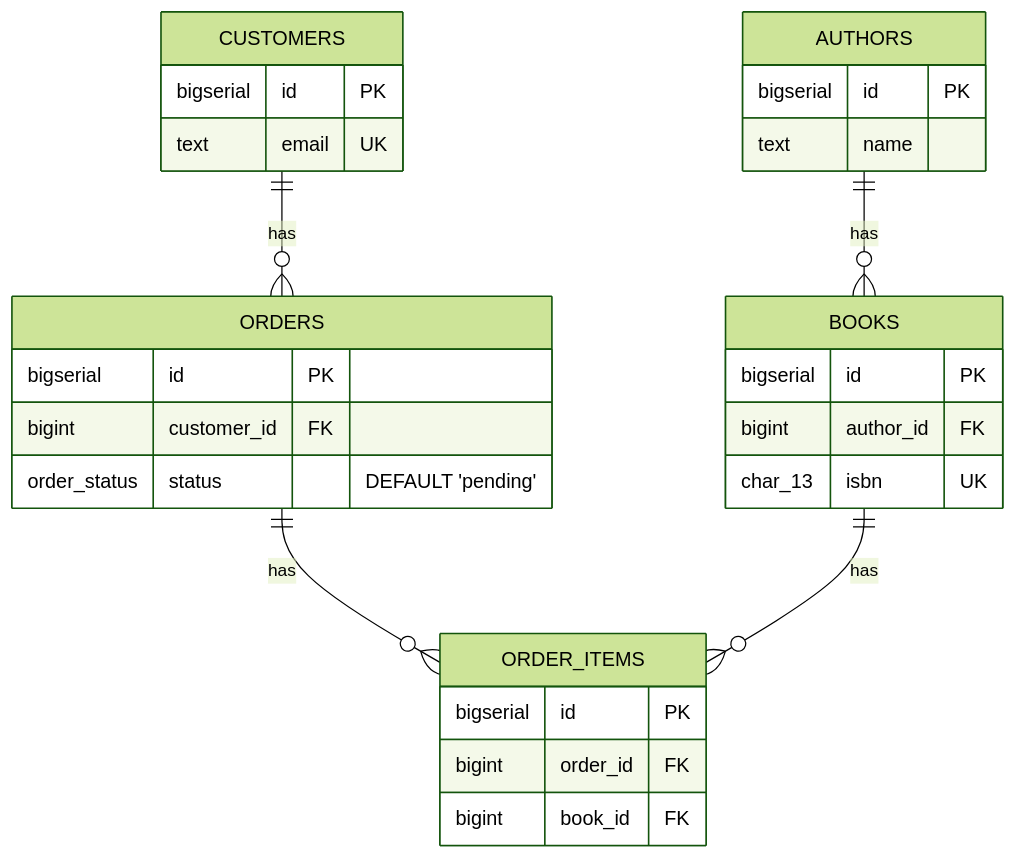
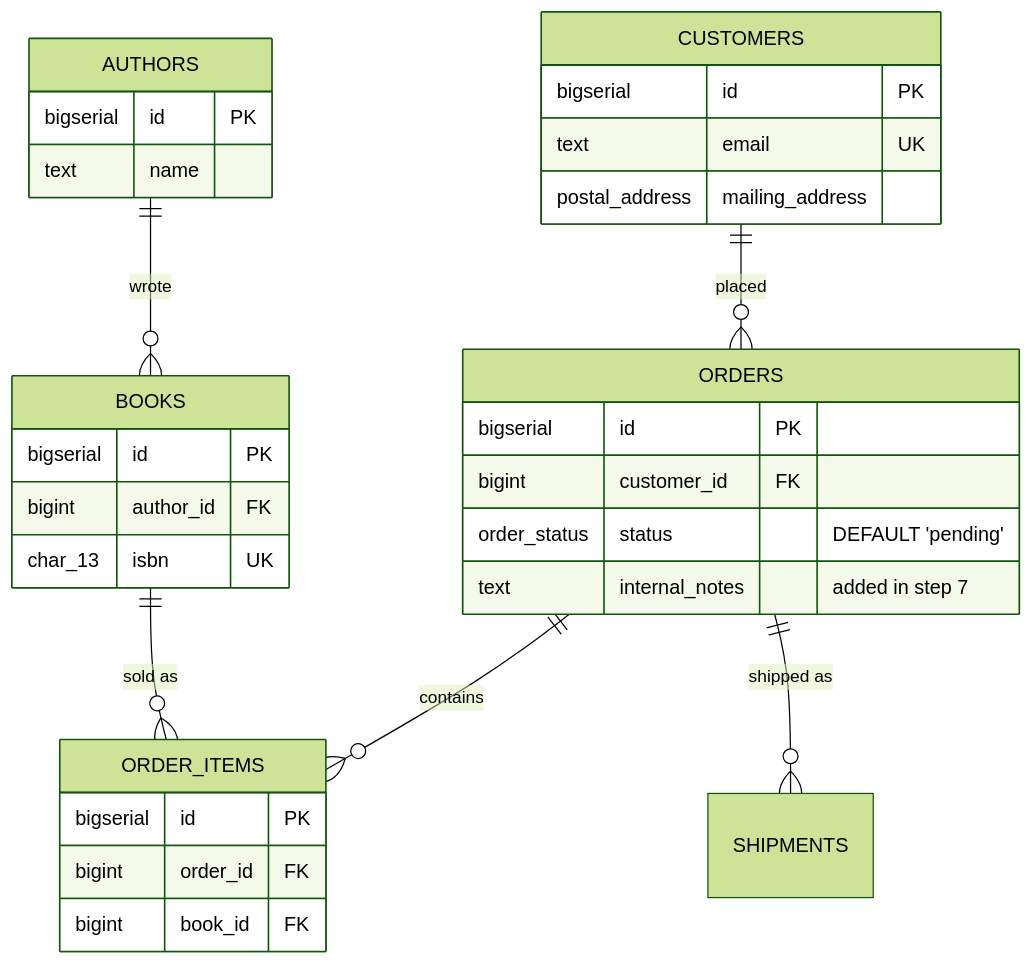
Before and after one commit to zemarsil/DatabaseVisualizer: the diagram in docs/walkthroughs/13-run-the-schema-on-a-real-database.md, drawn with Mermaid (forest theme). The commit also changed other lines of this file and 43 other files, not shown here.

````diff
--- a/docs/walkthroughs/13-run-the-schema-on-a-real-database.md
+++ b/docs/walkthroughs/13-run-the-schema-on-a-real-database.md
@@ -45,30 +49,33 @@
 ```mermaid
 erDiagram
-    AUTHORS ||--o{ BOOKS : "has"
-    CUSTOMERS ||--o{ ORDERS : "has"
-    ORDERS ||--o{ ORDER_ITEMS : "has"
-    BOOKS ||--o{ ORDER_ITEMS : "has"
+    AUTHORS ||--o{ BOOKS : "wrote"
+    CUSTOMERS ||--o{ ORDERS : "placed"
+    ORDERS ||--o{ ORDER_ITEMS : "contains"
+    BOOKS ||--o{ ORDER_ITEMS : "sold as"
+    ORDERS ||--o{ SHIPMENTS : "shipped as"
     AUTHORS {
         bigserial id PK
         text name
     }
     CUSTOMERS {
         bigserial id PK
         text email UK
+        postal_address mailing_address
     }
     BOOKS {
         bigserial id PK
         bigint author_id FK
         char_13 isbn UK
     }
     ORDERS {
         bigserial id PK
         bigint customer_id FK
         order_status status "DEFAULT 'pending'"
+        text internal_notes "added in step 7"
     }
     ORDER_ITEMS {
         bigserial id PK
         bigint order_id FK
         bigint book_id FK
     }
 ```
````
